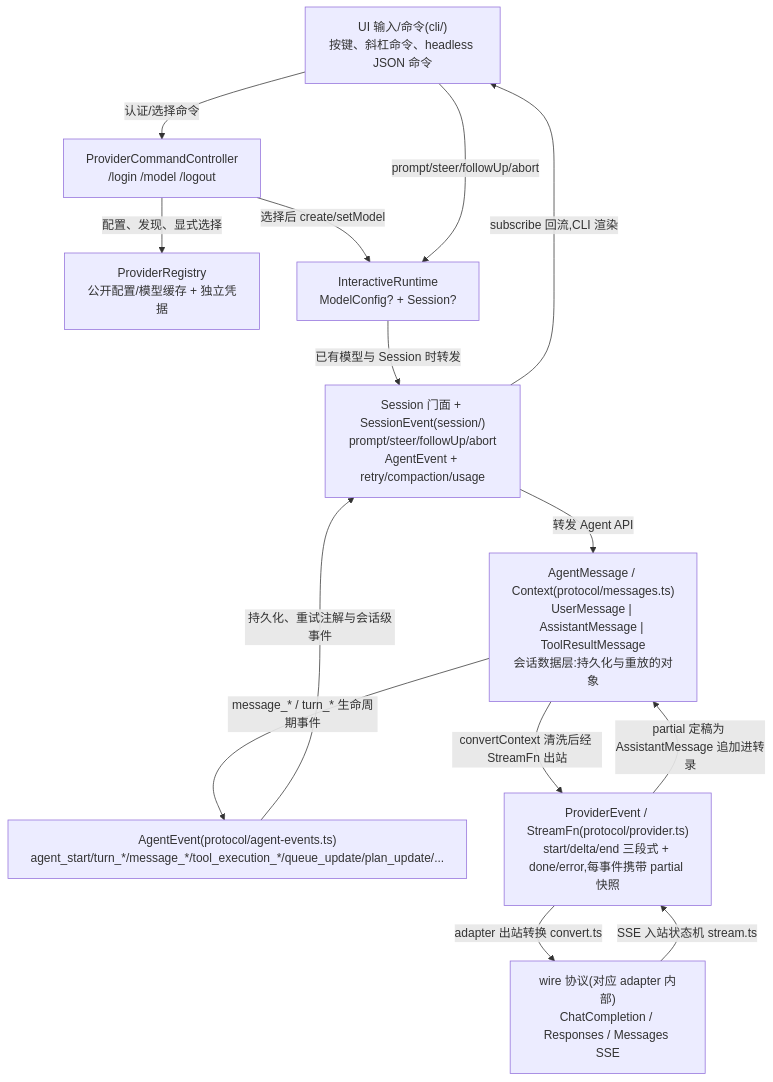
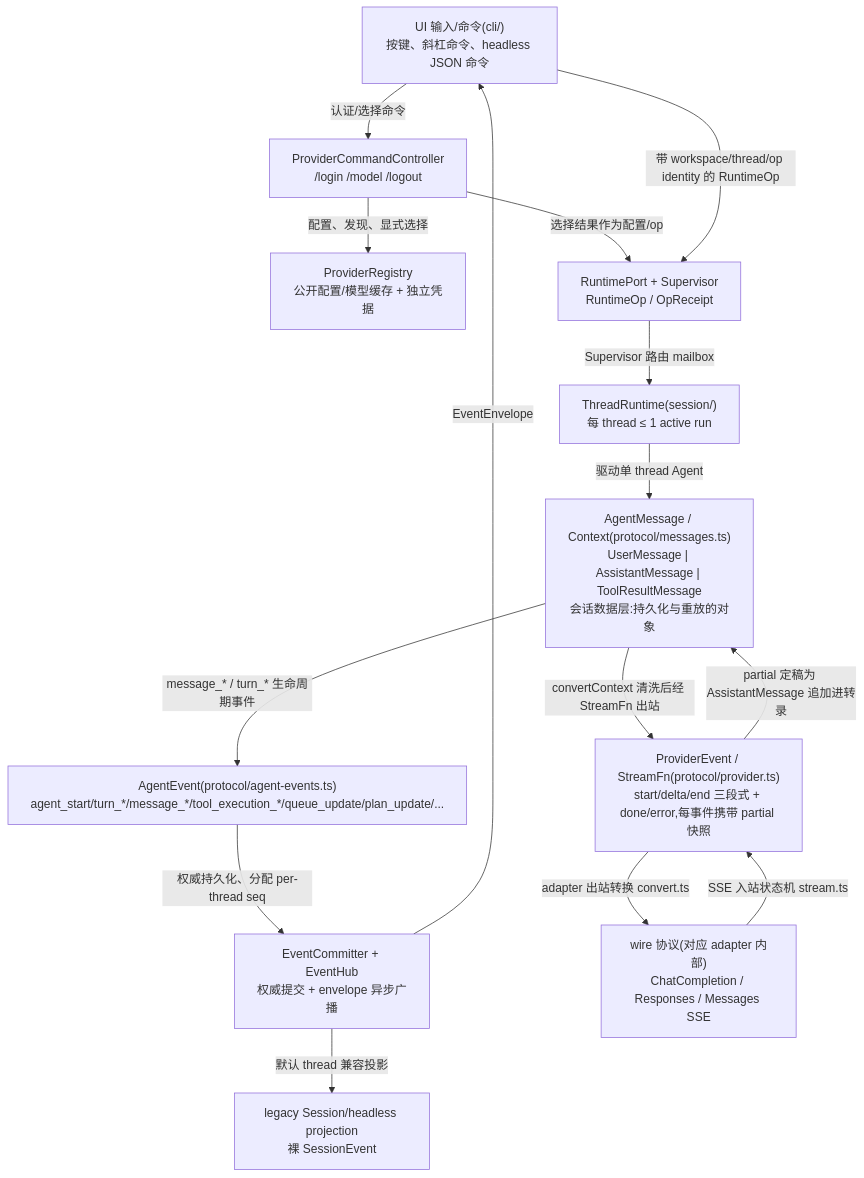
The second of 3 diagrams in docs/02-architecture.md (rita152/coda), drawn with Mermaid before and after one commit. The commit also changed other lines of this file and 14 other files, not shown here.

First line of the commit message:
Freeze supervisor runtime design baseline

````diff
--- a/docs/02-architecture.md
+++ b/docs/02-architecture.md
@@ -188,26 +227,29 @@
 ```mermaid
 flowchart TB
   UI["UI 输入/命令(cli/)\n按键、斜杠命令、headless JSON 命令"]
   PC["ProviderCommandController\n/login /model /logout"]
   REG["ProviderRegistry\n公开配置/模型缓存 + 独立凭据"]
-  RT["InteractiveRuntime\nModelConfig? + Session?"]
-  SE["Session 门面 + SessionEvent(session/)\nprompt/steer/followUp/abort\nAgentEvent + retry/compaction/usage"]
+  RT["RuntimePort + Supervisor\nRuntimeOp / OpReceipt"]
+  TR["ThreadRuntime(session/)\n每 thread ≤ 1 active run"]
+  EC["EventCommitter + EventHub\n权威提交 + envelope 异步广播"]
+  LEG["legacy Session/headless projection\n裸 SessionEvent"]
   AE["AgentEvent(protocol/agent-events.ts)\nagent_start/turn_*/message_*/tool_execution_*/queue_update/plan_update/..."]
   MSG["AgentMessage / Context(protocol/messages.ts)\nUserMessage | AssistantMessage | ToolResultMessage\n会话数据层:持久化与重放的对象"]
   PE["ProviderEvent / StreamFn(protocol/provider.ts)\nstart/delta/end 三段式 + done/error,每事件携带 partial 快照"]
   WIRE["wire 协议(对应 adapter 内部)\nChatCompletion / Responses / Messages SSE"]
 
   UI -->|"认证/选择命令"| PC
   PC -->|"配置、发现、显式选择"| REG
-  PC -->|"选择后 create/setModel"| RT
-  UI -->|"prompt/steer/followUp/abort"| RT
-  RT -->|"已有模型与 Session 时转发"| SE
-  SE -->|"转发 Agent API"| MSG
+  PC -->|"选择结果作为配置/op"| RT
+  UI -->|"带 workspace/thread/op identity 的 RuntimeOp"| RT
+  RT -->|"Supervisor 路由 mailbox"| TR
+  TR -->|"驱动单 thread Agent"| MSG
   MSG -->|"convertContext 清洗后经 StreamFn 出站"| PE
   PE -->|"adapter 出站转换 convert.ts"| WIRE
   WIRE -->|"SSE 入站状态机 stream.ts"| PE
   PE -->|"partial 定稿为 AssistantMessage 追加进转录"| MSG
   MSG -->|"message_* / turn_* 生命周期事件"| AE
-  AE -->|"持久化、重试注解与会话级事件"| SE
-  SE -->|"subscribe 回流,CLI 渲染"| UI
+  AE -->|"权威持久化、分配 per-thread seq"| EC
+  EC -->|"EventEnvelope"| UI
+  EC -->|"默认 thread 兼容投影"| LEG
 ```
````
